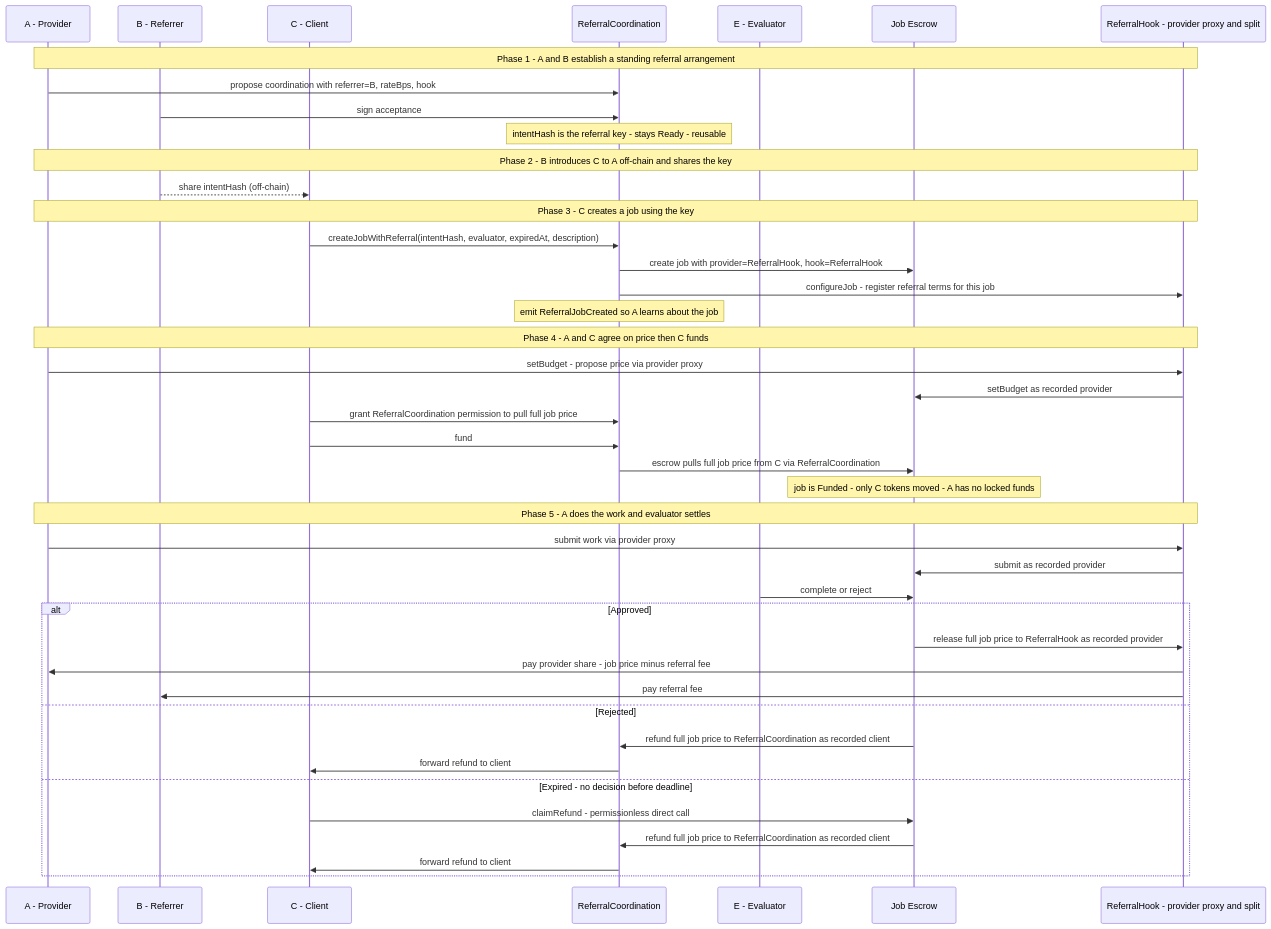
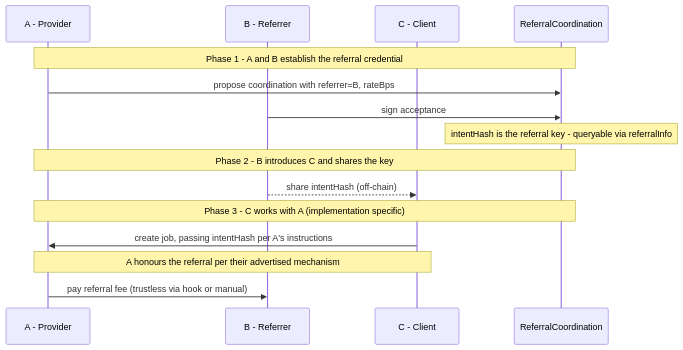
The diagram in README.md (luca-nik/a2a-referral-erc), drawn with Mermaid before and after one commit. The commit also changed other lines of this file and 3 other files, not shown here.

````diff
--- a/README.md
+++ b/README.md
@@ -53,55 +42,23 @@
 ```mermaid
 sequenceDiagram
     participant A as A - Provider
     participant B as B - Referrer
     participant C as C - Client
     participant RC as ReferralCoordination
-    participant E as E - Evaluator
-    participant ESC as Job Escrow
-    participant RH as ReferralHook - provider proxy and split
 
-    note over A,RH: Phase 1 - A and B establish a standing referral arrangement
+    note over A,RC: Phase 1 - A and B establish the referral credential
 
-    A->>RC: propose coordination with referrer=B, rateBps, hook
+    A->>RC: propose coordination with referrer=B, rateBps
     B->>RC: sign acceptance
-    note over RC: intentHash is the referral key - stays Ready - reusable
+    note over RC: intentHash is the referral key - queryable via referralInfo
 
-    note over A,RH: Phase 2 - B introduces C to A off-chain and shares the key
+    note over A,RC: Phase 2 - B introduces C and shares the key
 
     B-->>C: share intentHash (off-chain)
 
-    note over A,RH: Phase 3 - C creates a job using the key
+    note over A,RC: Phase 3 - C works with A (implementation specific)
 
-    C->>RC: createJobWithReferral(intentHash, evaluator, expiredAt, description)
-    RC->>ESC: create job with provider=ReferralHook, hook=ReferralHook
-    RC->>RH: configureJob - register referral terms for this job
-    note over RC: emit ReferralJobCreated so A learns about the job
-
-    note over A,RH: Phase 4 - A and C agree on price then C funds
-
-    A->>RH: setBudget - propose price via provider proxy
-    RH->>ESC: setBudget as recorded provider
-    C->>RC: grant ReferralCoordination permission to pull full job price
-    C->>RC: fund
-    RC->>ESC: escrow pulls full job price from C via ReferralCoordination
-    note over ESC: job is Funded - only C tokens moved - A has no locked funds
-
-    note over A,RH: Phase 5 - A does the work and evaluator settles
-
-    A->>RH: submit work via provider proxy
-    RH->>ESC: submit as recorded provider
-    E->>ESC: complete or reject
-
-    alt Approved
-        ESC->>RH: release full job price to ReferralHook as recorded provider
-        RH->>A: pay provider share - job price minus referral fee
-        RH->>B: pay referral fee
-    else Rejected
-        ESC->>RC: refund full job price to ReferralCoordination as recorded client
-        RC->>C: forward refund to client
-    else Expired - no decision before deadline
-        C->>ESC: claimRefund - permissionless direct call
-        ESC->>RC: refund full job price to ReferralCoordination as recorded client
-        RC->>C: forward refund to client
-    end
+    C->>A: create job, passing intentHash per A's instructions
+    note over A,C: A honours the referral per their advertised mechanism
+    A->>B: pay referral fee (trustless via hook or manual)
 ```
````
